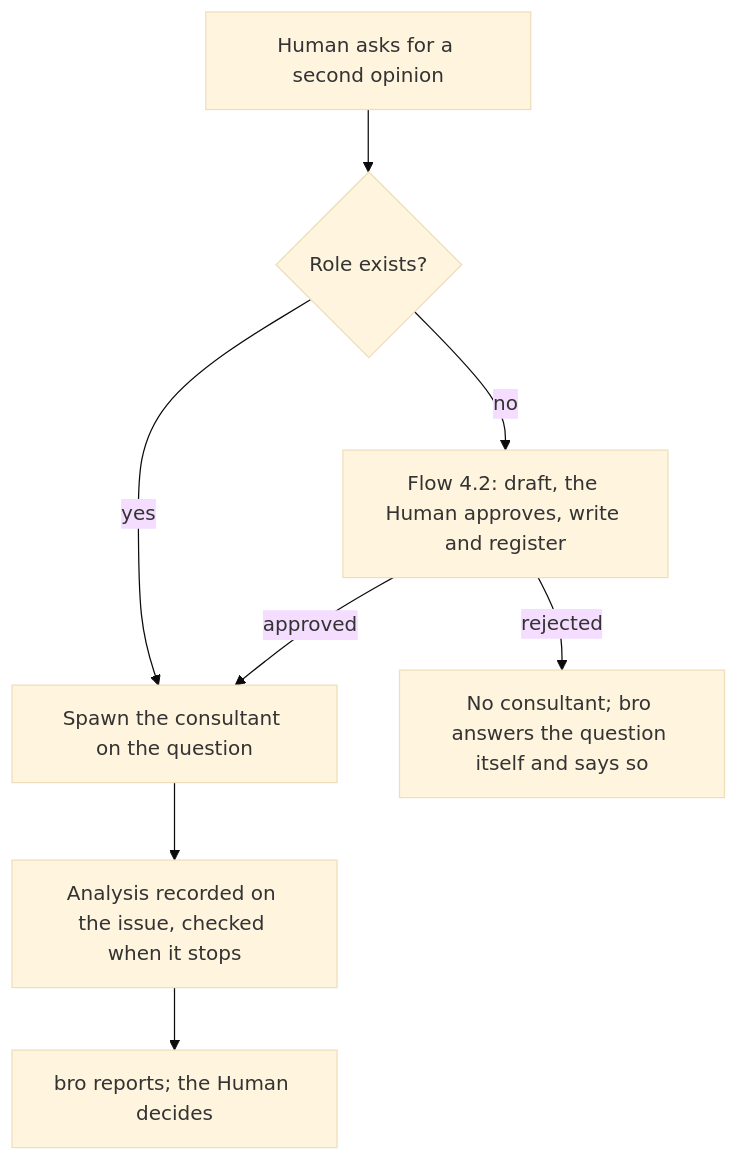
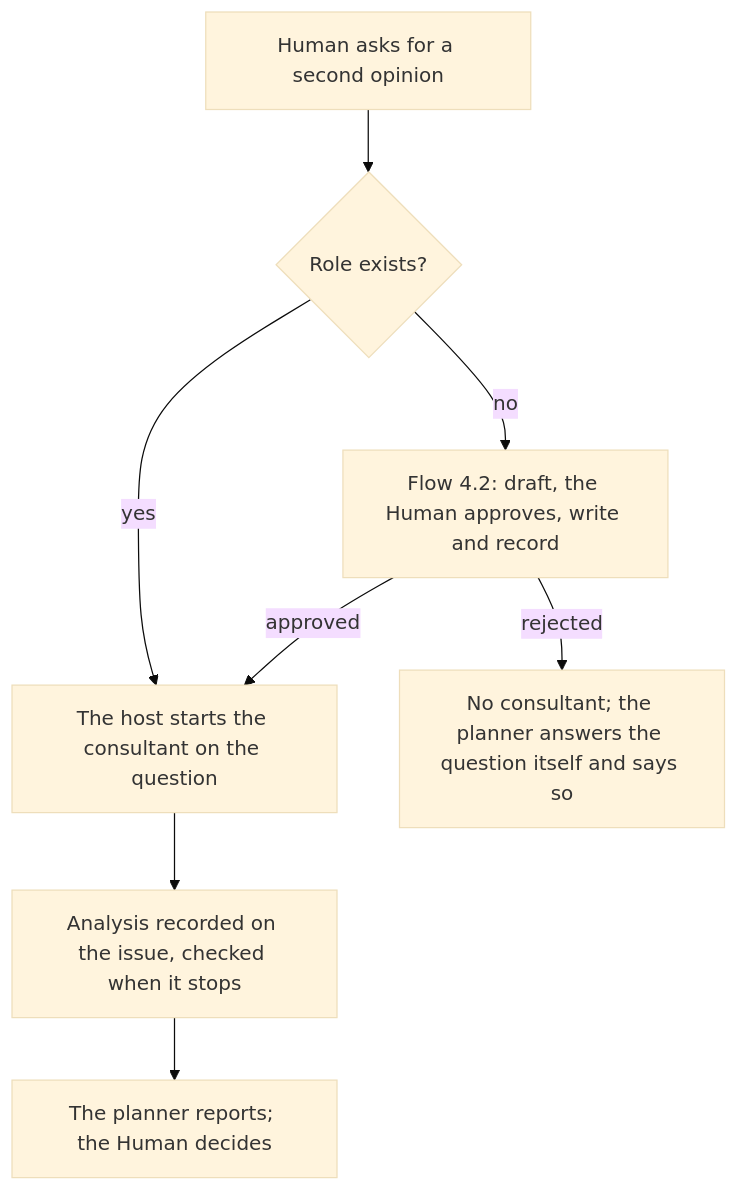
The fourth of 4 diagrams in docs/architecture/EXTENDING.md (trustmybot/tmb), drawn with Mermaid (base theme) before and after one commit. The commit also changed other lines of this file and 38 other files, not shown here.

````diff
--- a/docs/architecture/EXTENDING.md
+++ b/docs/architecture/EXTENDING.md
@@ -52,10 +93,10 @@
 ```mermaid
 flowchart TD
     A[Human asks for a second opinion] --> C{Role exists?}
-    C -- yes --> S[Spawn the consultant on the question]
-    C -- no --> F[Flow 4.2: draft, the Human approves, write and register]
+    C -- yes --> S[The host starts the consultant on the question]
+    C -- no --> F["Flow 4.2: draft, the Human approves, write and record"]
     F -- approved --> S
-    F -- rejected --> Z[No consultant; bro answers the question itself and says so]
-    S --> R[Analysis recorded on the issue, checked when it stops]
-    R --> B[bro reports; the Human decides]
+    F -- rejected --> Z["No consultant; the planner answers the question itself and says so"]
+    S --> R["Analysis recorded on the issue, checked when it stops"]
+    R --> B["The planner reports; the Human decides"]
 ```
````
